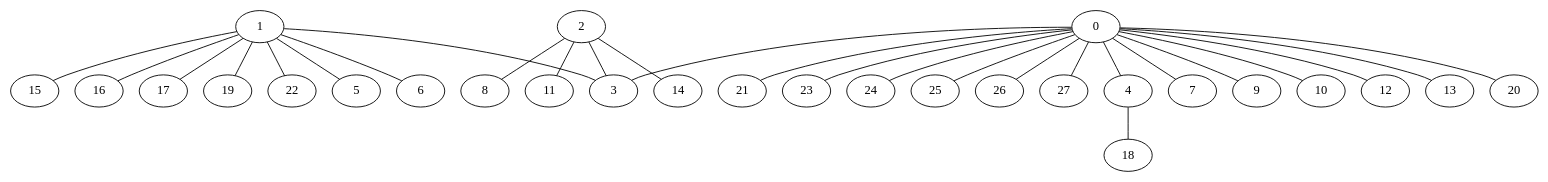
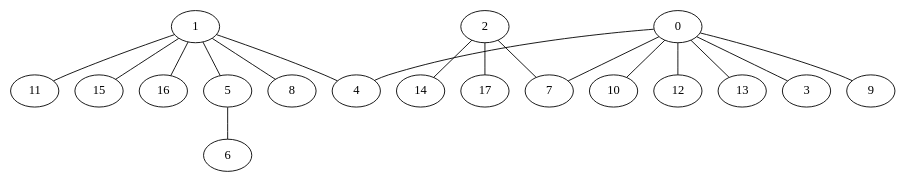
One commit to corentinckf/projetZ1 changed the diagram in partition/foret.dot. Above: the diagram before and after it, drawn with Graphviz. The commit also changed 10 other files, not shown here.

```diff
--- a/partition/foret.dot
+++ b/partition/foret.dot
@@ -1,57 +1,37 @@
 graph {
 	0
 	1
 	2
 	3
 	4
 	5
 	6
 	7
 	8
 	9
 	10
 	11
 	12
 	13
 	14
 	15
 	16
 	17
-	18
-	19
-	20
-	21
-	22
-	23
-	24
-	25
-	26
-	27
 	0 -- 3
 	0 -- 4
 	0 -- 7
 	0 -- 9
 	0 -- 10
 	0 -- 12
 	0 -- 13
-	0 -- 20
-	0 -- 21
-	0 -- 23
-	0 -- 24
-	0 -- 25
-	0 -- 26
-	0 -- 27
-	1 -- 3
+	1 -- 4
 	1 -- 5
-	1 -- 6
+	1 -- 8
+	1 -- 11
 	1 -- 15
 	1 -- 16
-	1 -- 17
-	1 -- 19
-	1 -- 22
-	2 -- 3
-	2 -- 8
-	2 -- 11
+	2 -- 7
 	2 -- 14
-	4 -- 18
+	2 -- 17
+	5 -- 6
 }
```
